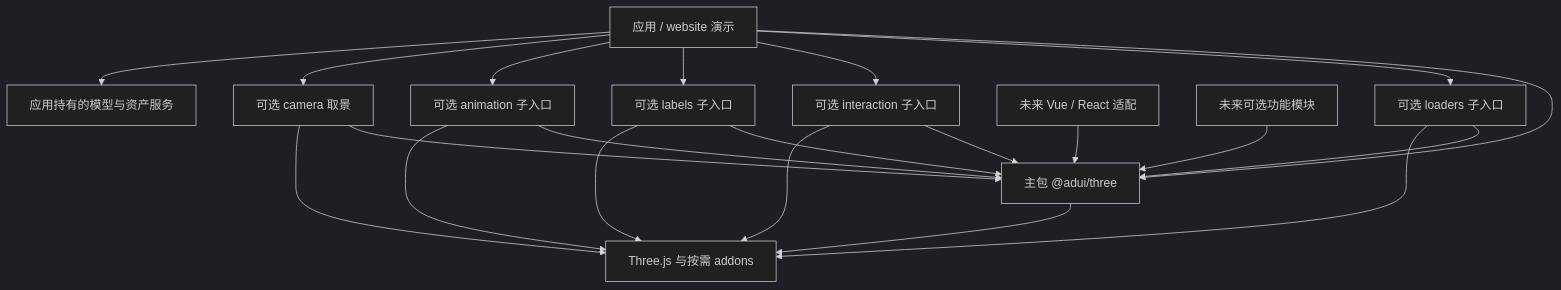
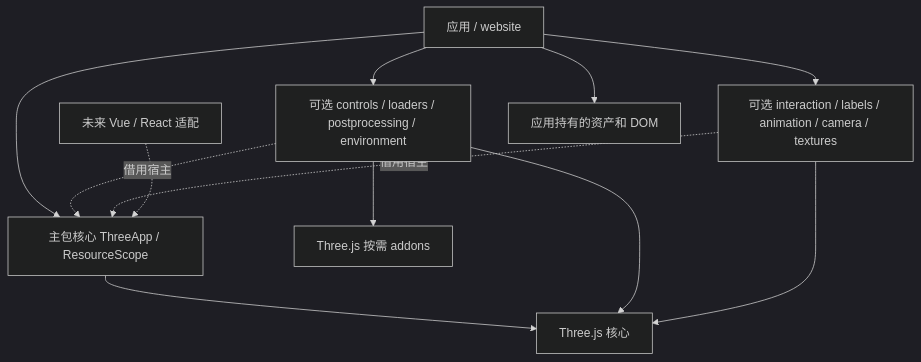
The diagram in docs/ARCHITECTURE.md (adui-studio/adui-three), drawn with Mermaid (dark theme) before and after one commit. The commit also changed other lines of this file and 13 other files, not shown here.

````diff
--- a/docs/ARCHITECTURE.md
+++ b/docs/ARCHITECTURE.md
@@ -23,23 +23,14 @@
 ```mermaid
 flowchart TD
-  App[应用 / website 演示] --> Core[主包 @adui/three]
-  App --> Models[可选 loaders 子入口]
-  Models --> Core
-  Models --> Three
-  App --> Picking[可选 interaction 子入口]
-  Picking --> Core
-  Picking --> Three
-  App --> Labels[可选 labels 子入口]
-  Labels --> Core
-  Labels --> Three
-  App --> Animation[可选 animation 子入口]
-  Animation --> Core
-  Animation --> Three
-  App --> Framing[可选 camera 取景]
-  Framing --> Core
-  Framing --> Three
-  Adapter[未来 Vue / React 适配] --> Core
-  Feature[未来可选功能模块] --> Core
-  Core --> Three[Three.js 与按需 addons]
-  App --> Assets[应用持有的模型与资产服务]
+  App[应用 / website] --> Core[主包核心 ThreeApp / ResourceScope]
+  App --> Native[可选 controls / loaders / postprocessing / environment]
+  App --> Modules[可选 interaction / labels / animation / camera / textures]
+  Native -. 借用宿主 .-> Core
+  Modules -. 借用宿主 .-> Core
+  Core --> Three[Three.js 核心]
+  Native --> Three
+  Native --> Addons[Three.js 按需 addons]
+  Modules --> Three
+  Adapter[未来 Vue / React 适配] -.-> Core
+  App --> Assets[应用持有的资产和 DOM]
 ```
````
